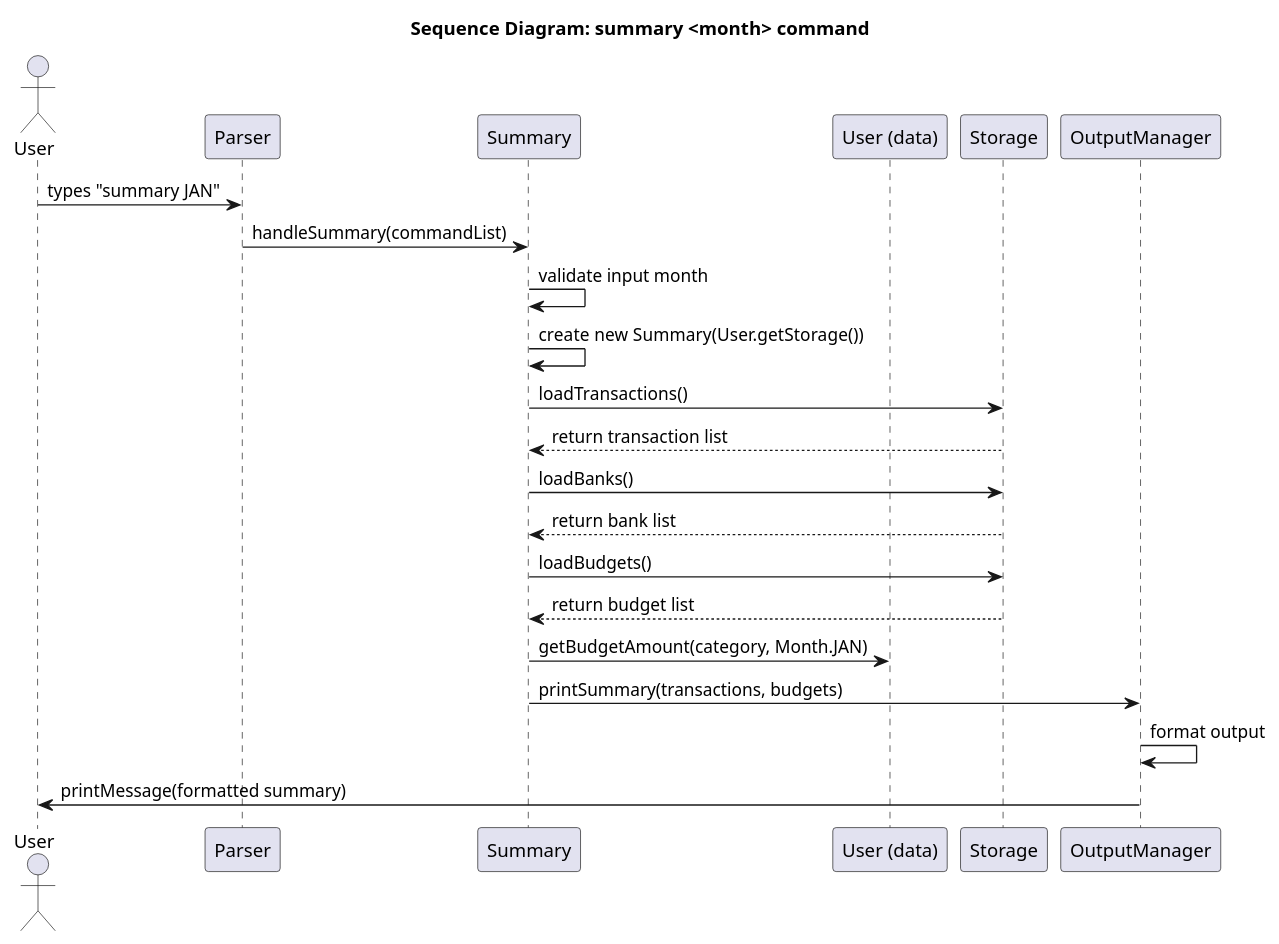
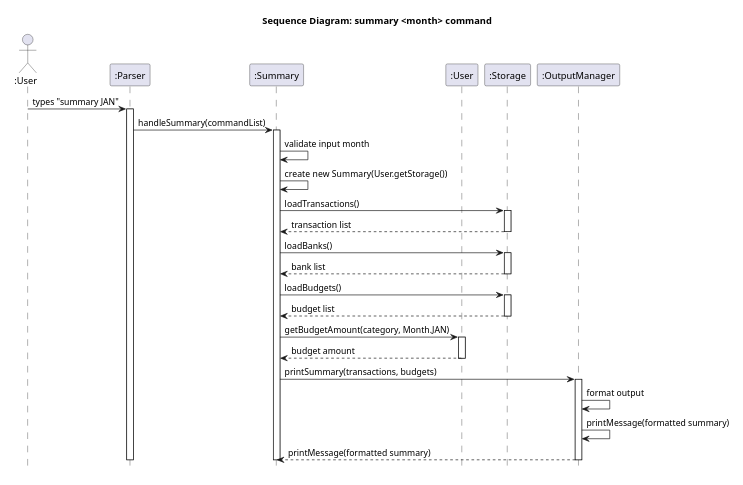
One commit to AY2526S1-CS2113-W10-2/tp changed the diagram in docs/team/SummaryFeature/SummarySequence.puml. Above: the diagram before and after it, drawn with PlantUML. The commit also changed 23 other files, not shown here.

```diff
--- a/docs/team/SummaryFeature/SummarySequence.puml
+++ b/docs/team/SummaryFeature/SummarySequence.puml
@@ -1,28 +1,52 @@
 @startuml
-scale 1
-
+scale 0.5
+hide footbox
 title Sequence Diagram: summary <month> command
 
-actor User
-participant Parser
-participant Summary
-participant UserData as "User (data)"
-participant Storage
-participant OutputManager
+actor user as ":User"
+participant parser as ":Parser"
+participant summary as ":Summary"
+participant userdata as ":User"
+participant storage as ":Storage"
+participant output as ":OutputManager"
 
-User -> Parser: types "summary JAN"
-Parser -> Summary: handleSummary(commandList)
-Summary -> Summary: validate input month
-Summary -> Summary: create new Summary(User.getStorage())
-Summary -> Storage: loadTransactions()
-Storage --> Summary: return transaction list
-Summary -> Storage: loadBanks()
-Storage --> Summary: return bank list
-Summary -> Storage: loadBudgets()
-Storage --> Summary: return budget list
-Summary -> UserData: getBudgetAmount(category, Month.JAN)
-Summary -> OutputManager: printSummary(transactions, budgets)
-OutputManager -> OutputManager: format output
-OutputManager -> User: printMessage(formatted summary)
+user -> parser : types "summary JAN"
+activate parser
+
+parser -> summary : handleSummary(commandList)
+activate summary
+
+summary -> summary : validate input month
+summary -> summary : create new Summary(User.getStorage())
+
+summary -> storage : loadTransactions()
+activate storage
+storage --> summary : transaction list
+deactivate storage
+
+summary -> storage : loadBanks()
+activate storage
+storage --> summary : bank list
+deactivate storage
+
+summary -> storage : loadBudgets()
+activate storage
+storage --> summary : budget list
+deactivate storage
+
+summary -> userdata : getBudgetAmount(category, Month.JAN)
+activate userdata
+userdata --> summary : budget amount
+deactivate userdata
+
+summary -> output : printSummary(transactions, budgets)
+activate output
+output -> output : format output
+output -> output : printMessage(formatted summary)
+output --> summary : printMessage(formatted summary)
+deactivate output
+
+deactivate summary
+deactivate parser
 
 @enduml
```
